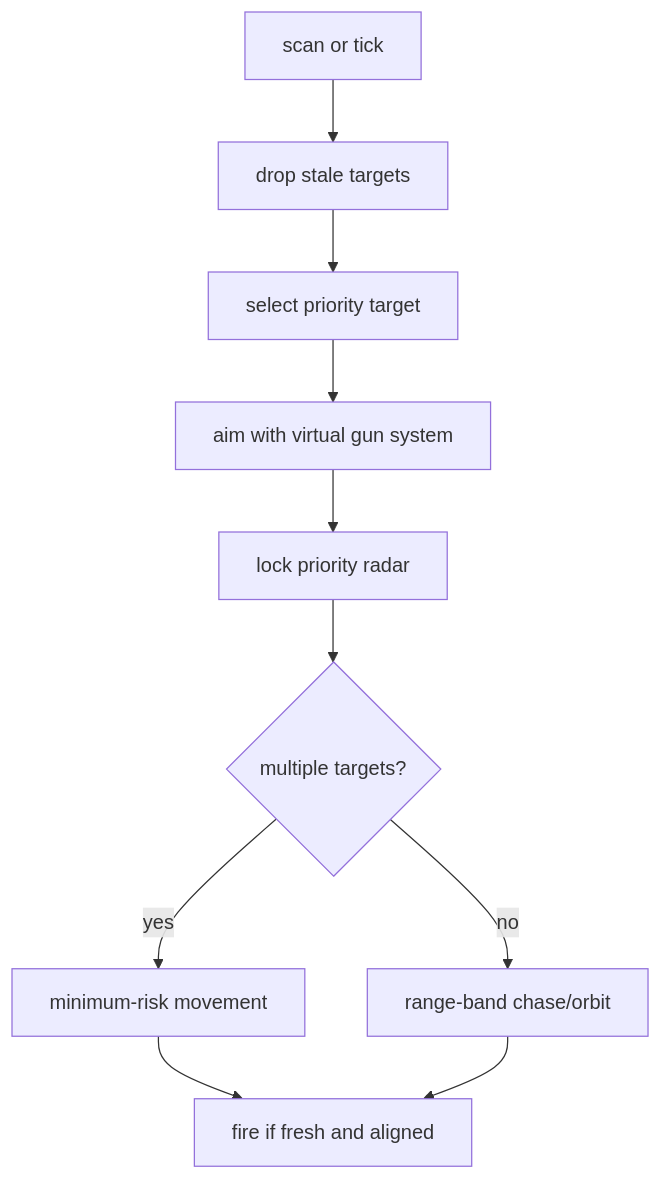
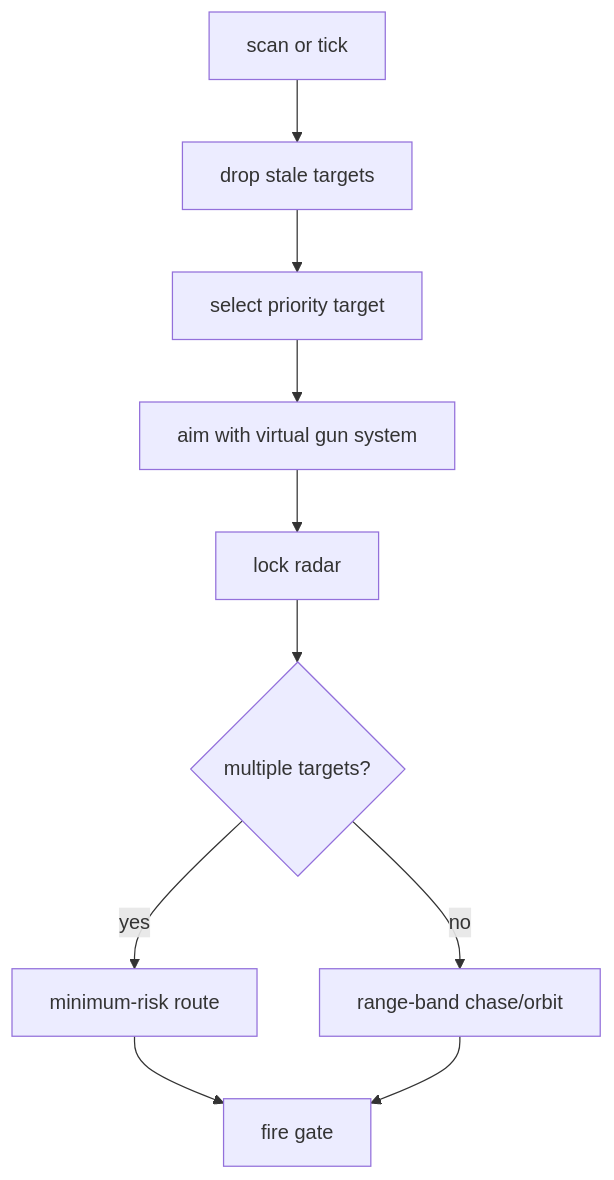
One commit to fduch-stranger/robocode-bot changed the diagram in bots/chase-lock/README.md. Above: the diagram before and after it, drawn with Mermaid. The commit also changed other lines of this file and 25 other files, not shown here.

````diff
--- a/bots/chase-lock/README.md
+++ b/bots/chase-lock/README.md
@@ -23,12 +16,12 @@
 ```mermaid
 flowchart TD
     A["scan or tick"] --> B["drop stale targets"]
     B --> C["select priority target"]
     C --> D["aim with virtual gun system"]
-    D --> E["lock priority radar"]
+    D --> E["lock radar"]
     E --> F{"multiple targets?"}
-    F -- "yes" --> G["minimum-risk movement"]
+    F -- "yes" --> G["minimum-risk route"]
     F -- "no" --> H["range-band chase/orbit"]
-    G --> I["fire if fresh and aligned"]
+    G --> I["fire gate"]
     H --> I
 ```
````
